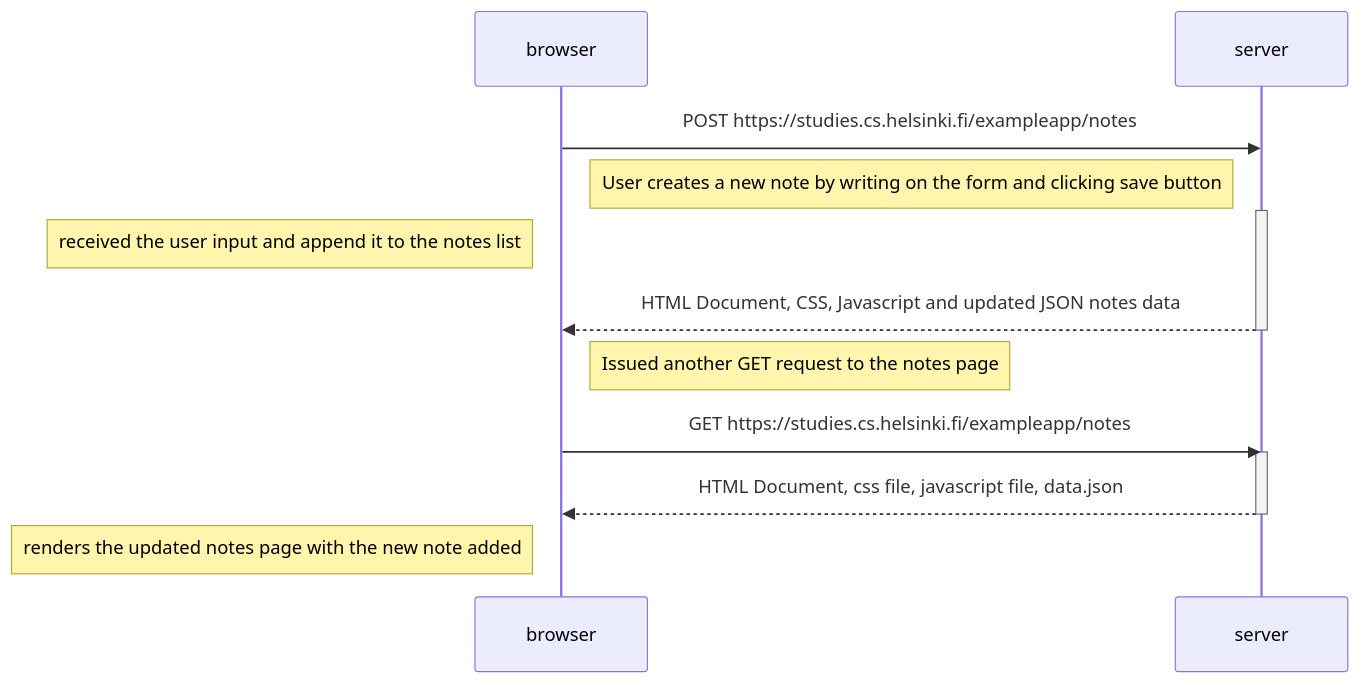
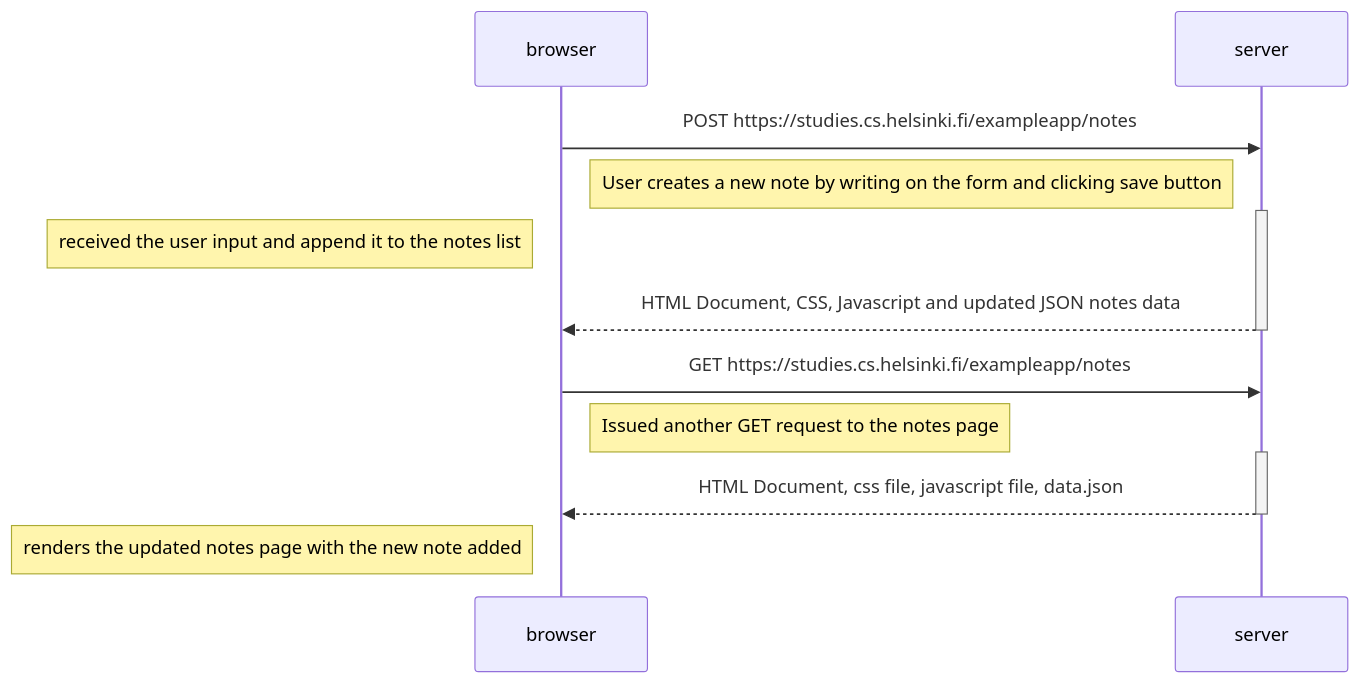
Before and after one commit to rieljasperapos/fullstackopen: the diagram in part0/exercise04.md, drawn with Mermaid.

Commit message:
exercise 04

````diff
--- a/part0/exercise04.md
+++ b/part0/exercise04.md
@@ -1,22 +1,22 @@
 ```mermaid
 sequenceDiagram
     participant browser
     participant server
 
 
     browser->>server: POST https://studies.cs.helsinki.fi/exampleapp/notes
     Note right of browser: User creates a new note by writing on the form and clicking save button
     activate server
 
     Note left of browser: received the user input and append it to the notes list
     server-->>browser: HTML Document, CSS, Javascript and updated JSON notes data
     deactivate server
-
+ 
+    browser->>server: GET https://studies.cs.helsinki.fi/exampleapp/notes
     Note right of browser: Issued another GET request to the notes page 
-    browser->>server: GET https://studies.cs.helsinki.fi/exampleapp/notes
     activate server
     server-->>browser: HTML Document, css file, javascript file, data.json
     deactivate server
 
     Note left of browser: renders the updated notes page with the new note added
 ```
````
